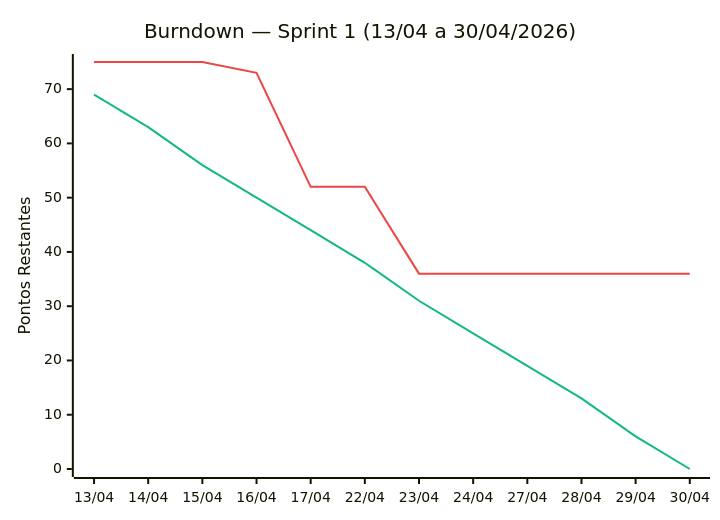
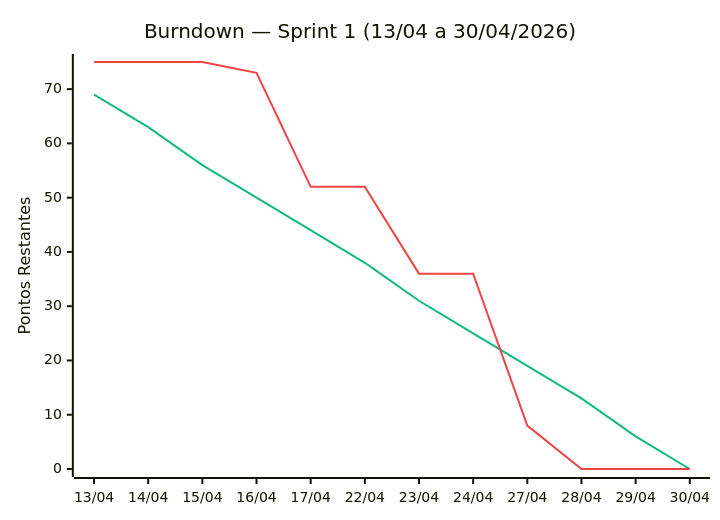
One commit to DEVassos/scrum-flow-abp changed the diagram in docs/scrum/sprint-1/sprint-1.md. Above: the diagram before and after it, drawn with Mermaid. The commit also changed other lines of this file and 1 other file, not shown here.

````diff
--- a/docs/scrum/sprint-1/sprint-1.md
+++ b/docs/scrum/sprint-1/sprint-1.md
@@ -70,10 +70,10 @@
 ```mermaid
 xychart-beta
     title "Burndown — Sprint 1 (13/04 a 30/04/2026)"
     x-axis ["13/04", "14/04", "15/04", "16/04", "17/04", "22/04", "23/04", "24/04", "27/04", "28/04", "29/04", "30/04"]
     y-axis "Pontos Restantes" 0 --> 75
     line [69, 63, 56, 50, 44, 38, 31, 25, 19, 13, 6, 0]
-    line [75, 75, 75, 73, 52, 52, 36, 36, 36, 36, 36, 36]
+    line [75, 75, 75, 73, 52, 52, 36, 36, 8, 0, 0, 0]
     
     %%{init: {'themeVariables': {'xyChart': {'plotColorPalette': '#10b981, #ef4444'}}, 'legend': {'visible': true}}}%%
 ```
````
